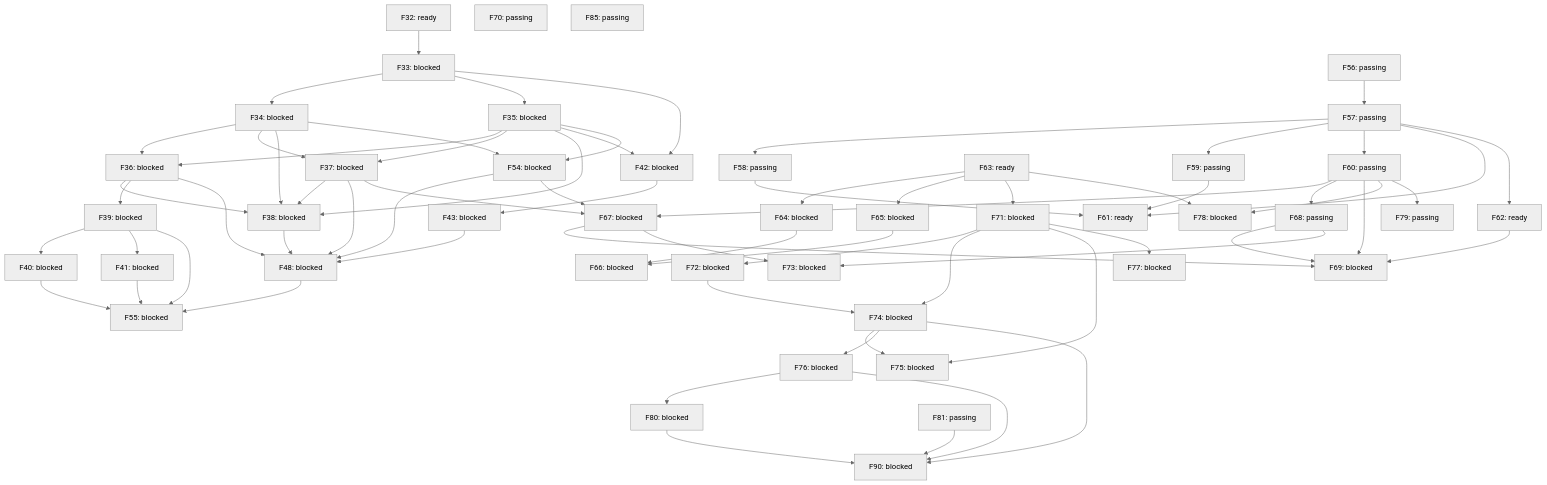
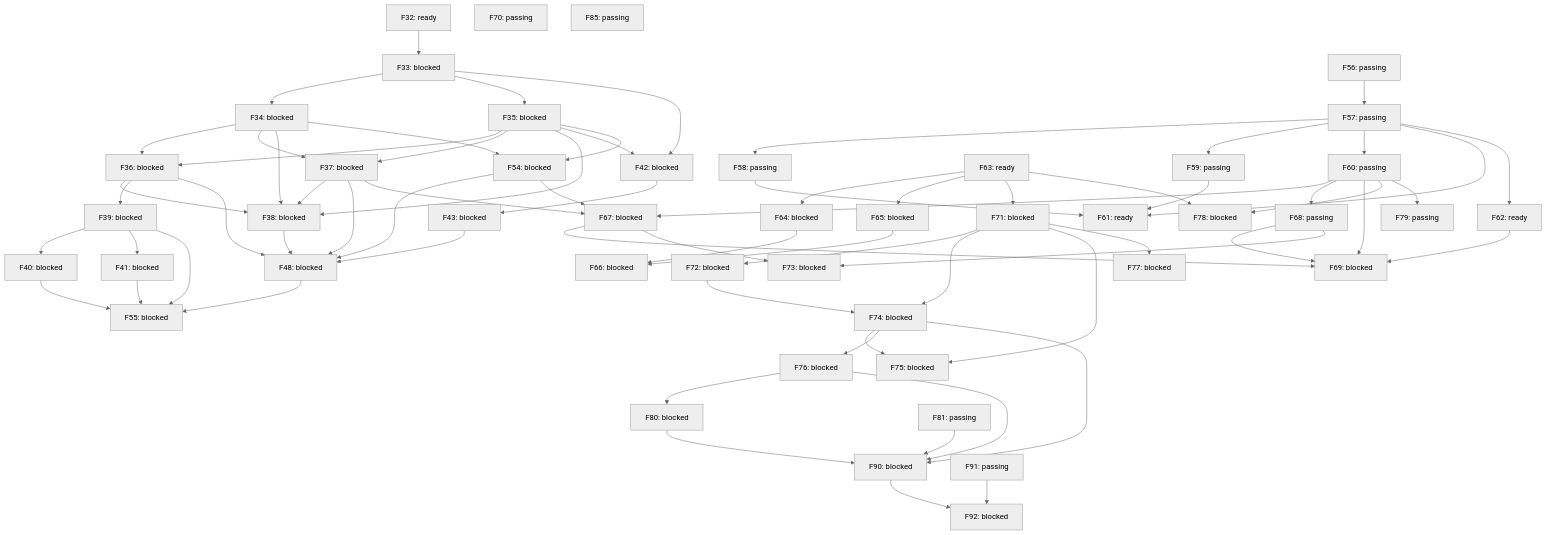
Before and after one commit to alex-nax/rengine: the diagram in docs/roadmap-graph.md, drawn with Mermaid (neutral theme). The commit also changed other lines of this file and 16 other files, not shown here.

````diff
--- a/docs/roadmap-graph.md
+++ b/docs/roadmap-graph.md
@@ -115,4 +115,8 @@
   F76 --> F90
   F80 --> F90
   F81 --> F90
+  F91["F91: passing"]
+  F92["F92: blocked"]
+  F90 --> F92
+  F91 --> F92
 ```
````
